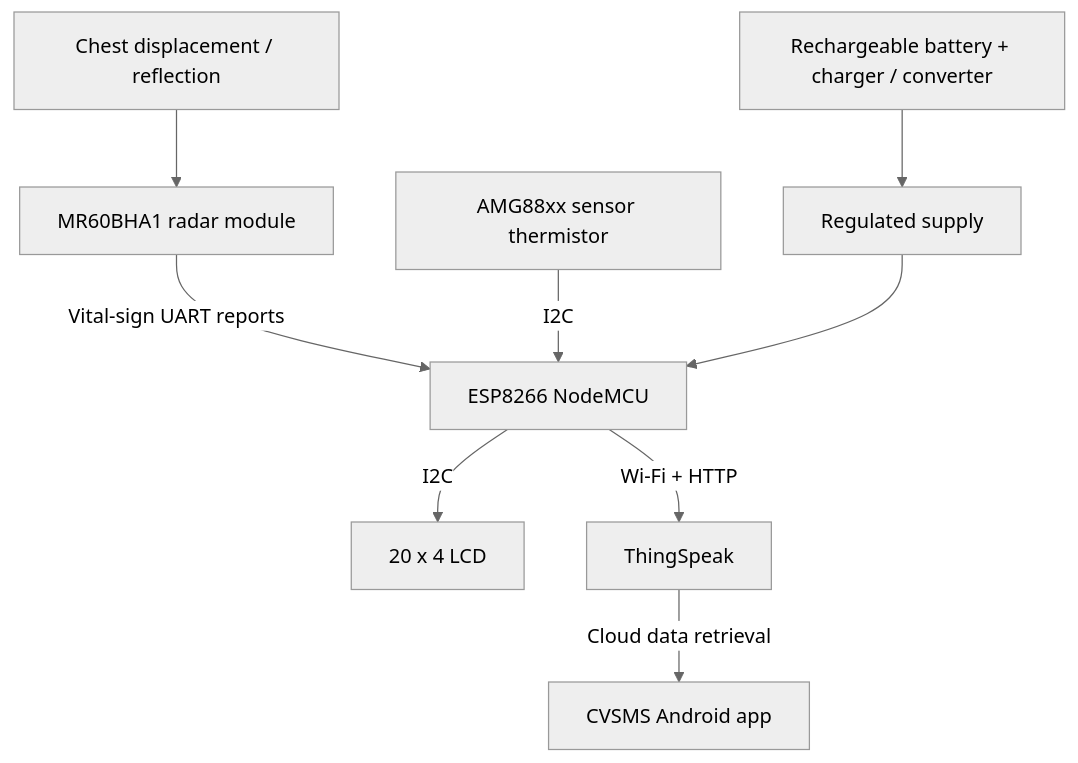
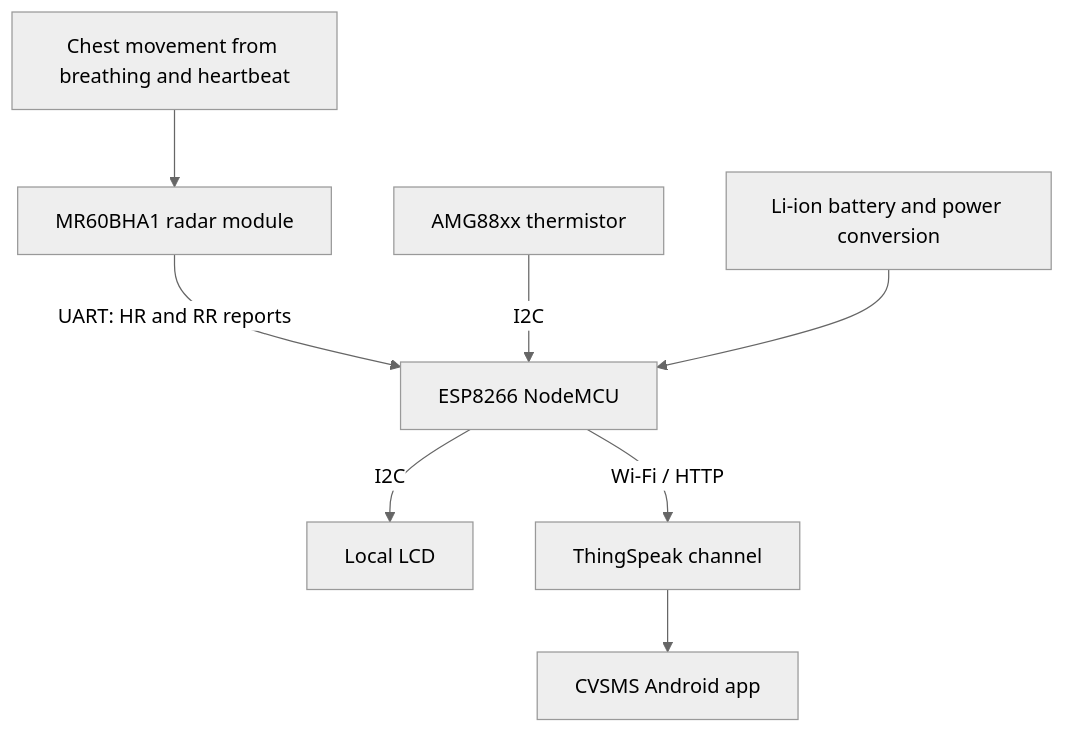
Before and after one commit to sahasimanta/contactless-vital-sign-monitoring-fmcw-radar-CVSMS-: the diagram in docs/03-system-architecture.md, drawn with Mermaid (neutral theme). The commit also changed other lines of this file and 24 other files, not shown here.

````diff
--- a/docs/03-system-architecture.md
+++ b/docs/03-system-architecture.md
@@ -5,11 +9,10 @@
 ```mermaid
 flowchart TD
-X[Chest displacement / reflection] --> R[MR60BHA1 radar module]
-R -->|Vital-sign UART reports| U[ESP8266 NodeMCU]
-T[AMG88xx sensor thermistor] -->|I2C| U
-U -->|I2C| D[20 x 4 LCD]
-U -->|Wi-Fi + HTTP| S[ThingSpeak]
-S -->|Cloud data retrieval| A[CVSMS Android app]
-B[Rechargeable battery + charger / converter] --> V[Regulated supply]
-V --> U
+    Person[Chest movement from breathing and heartbeat] --> Radar[MR60BHA1 radar module]
+    Radar -->|UART: HR and RR reports| MCU[ESP8266 NodeMCU]
+    Therm[AMG88xx thermistor] -->|I2C| MCU
+    MCU -->|I2C| LCD[Local LCD]
+    MCU -->|Wi-Fi / HTTP| Channel[ThingSpeak channel]
+    Channel --> Mobile[CVSMS Android app]
+    Battery[Li-ion battery and power conversion] --> MCU
 ```
````
